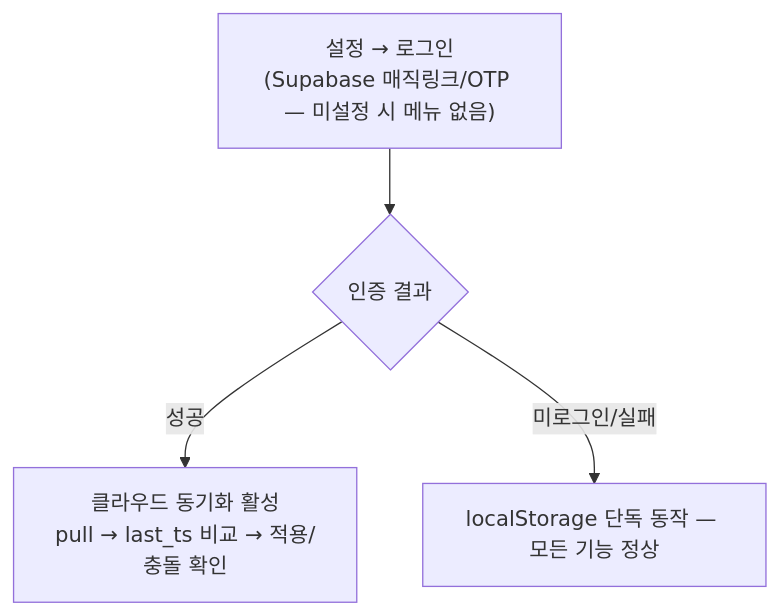
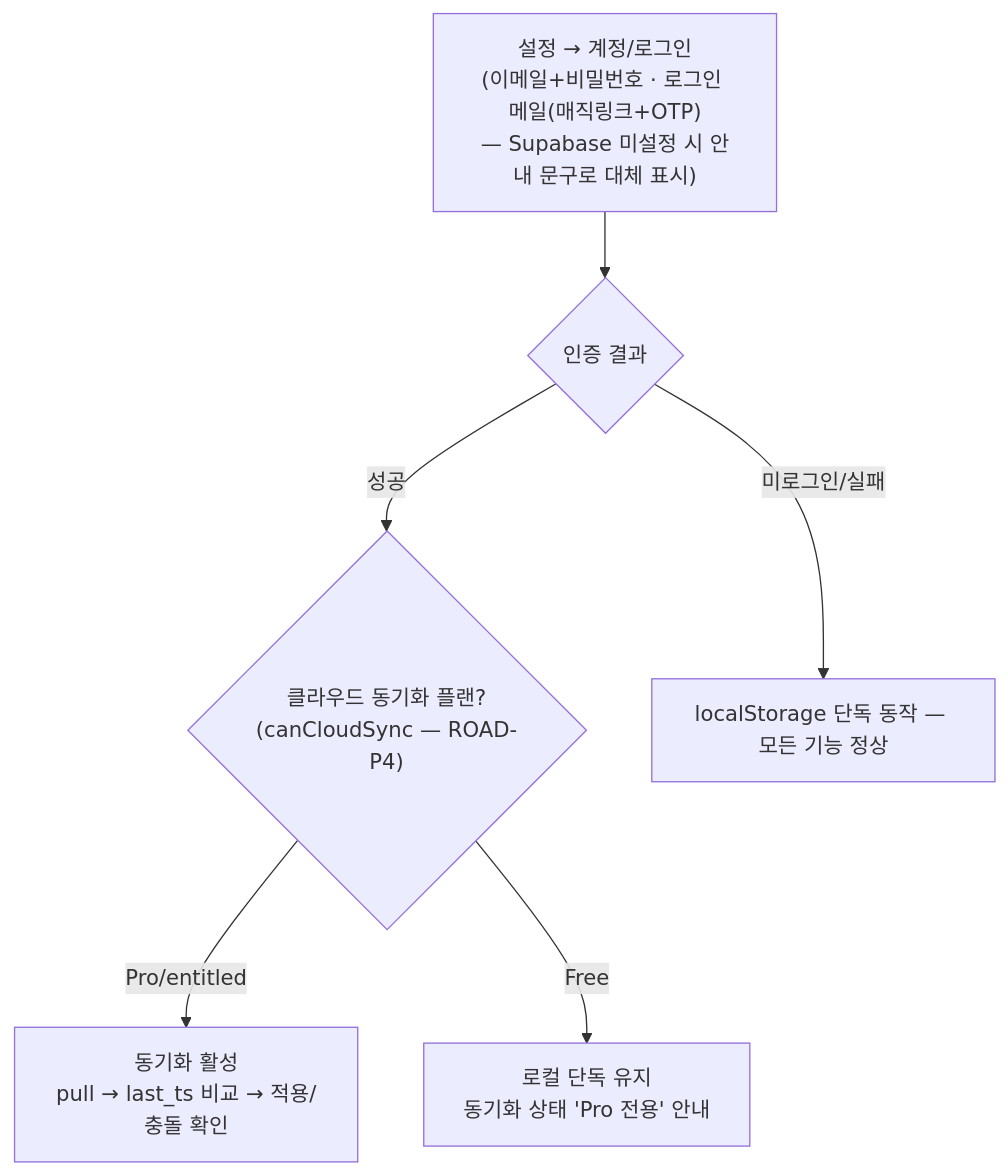
One commit to skygoldlee-cyber/Personalized_Skincare changed the eighth of 8 diagrams in docs/dev/design/USER_FLOW.md. Above: the diagram before and after it, drawn with Mermaid. The commit also changed other lines of this file and 20 other files, not shown here.

````diff
--- a/docs/dev/design/USER_FLOW.md
+++ b/docs/dev/design/USER_FLOW.md
@@ -134,6 +134,8 @@
 ```mermaid
 flowchart TD
-    A["설정 → 로그인<br/>(Supabase 매직링크/OTP — 미설정 시 메뉴 없음)"] --> B{"인증 결과"}
-    B -->|"성공"| C["클라우드 동기화 활성<br/>pull → last_ts 비교 → 적용/충돌 확인"]
-    B -->|"미로그인/실패"| D["localStorage 단독 동작 — 모든 기능 정상"]
+    A["설정 → 계정/로그인<br/>(이메일+비밀번호 · 로그인 메일(매직링크+OTP)<br/>— Supabase 미설정 시 안내 문구로 대체 표시)"] --> B{"인증 결과"}
+    B -->|"성공"| C{"클라우드 동기화 플랜?<br/>(canCloudSync — ROAD-P4)"}
+    C -->|"Pro/entitled"| D["동기화 활성<br/>pull → last_ts 비교 → 적용/충돌 확인"]
+    C -->|"Free"| E["로컬 단독 유지<br/>동기화 상태 'Pro 전용' 안내"]
+    B -->|"미로그인/실패"| F["localStorage 단독 동작 — 모든 기능 정상"]
 ```
````
